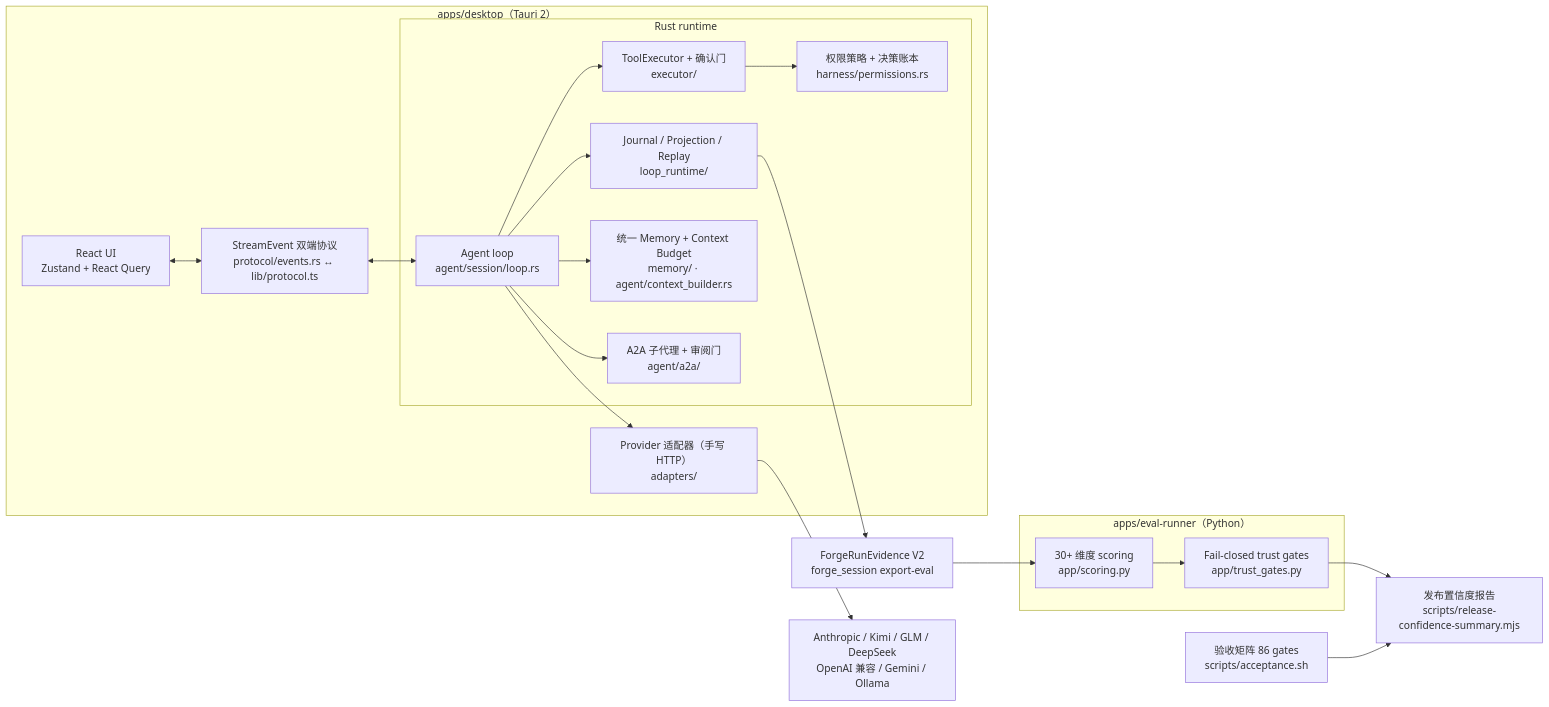
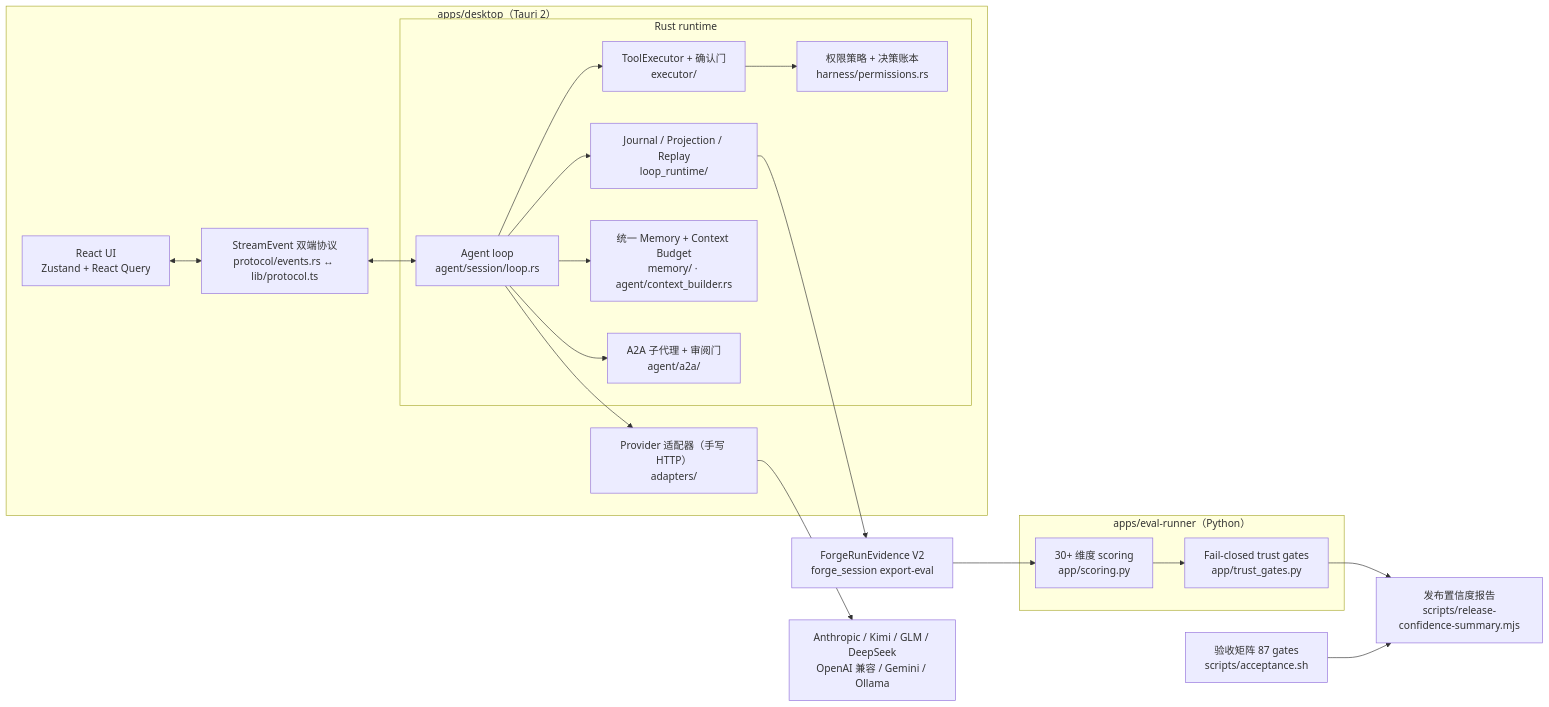
One commit to Cabbos/forge changed the diagram in README.md. Above: the diagram before and after it, drawn with Mermaid. The commit also changed other lines of this file and 10 other files, not shown here.

````diff
--- a/README.md
+++ b/README.md
@@ -32,39 +32,39 @@
 ```mermaid
 flowchart LR
   subgraph Desktop["apps/desktop（Tauri 2）"]
     UI["React UI<br/>Zustand + React Query"]
     Protocol["StreamEvent 双端协议<br/>protocol/events.rs ↔ lib/protocol.ts"]
     subgraph Runtime["Rust runtime"]
       Loop["Agent loop<br/>agent/session/loop.rs"]
       Exec["ToolExecutor + 确认门<br/>executor/"]
       Perm["权限策略 + 决策账本<br/>harness/permissions.rs"]
       Journal["Journal / Projection / Replay<br/>loop_runtime/"]
       Mem["统一 Memory + Context Budget<br/>memory/ · agent/context_builder.rs"]
       A2A["A2A 子代理 + 审阅门<br/>agent/a2a/"]
     end
     Adapters["Provider 适配器（手写 HTTP）<br/>adapters/"]
   end
   Providers["Anthropic / Kimi / GLM / DeepSeek<br/>OpenAI 兼容 / Gemini / Ollama"]
   Evidence["ForgeRunEvidence V2<br/>forge_session export-eval"]
   subgraph Eval["apps/eval-runner（Python）"]
     Scoring["30+ 维度 scoring<br/>app/scoring.py"]
     Trust["Fail-closed trust gates<br/>app/trust_gates.py"]
   end
-  Accept["验收矩阵 86 gates<br/>scripts/acceptance.sh"]
+  Accept["验收矩阵 87 gates<br/>scripts/acceptance.sh"]
   Confidence["发布置信度报告<br/>scripts/release-confidence-summary.mjs"]
 
   UI <--> Protocol
   Protocol <--> Loop
   Loop --> Exec
   Exec --> Perm
   Loop --> Journal
   Loop --> Mem
   Loop --> A2A
   Loop --> Adapters
   Adapters --> Providers
   Journal --> Evidence
   Evidence --> Scoring
   Scoring --> Trust
   Trust --> Confidence
   Accept --> Confidence
 ```
````
